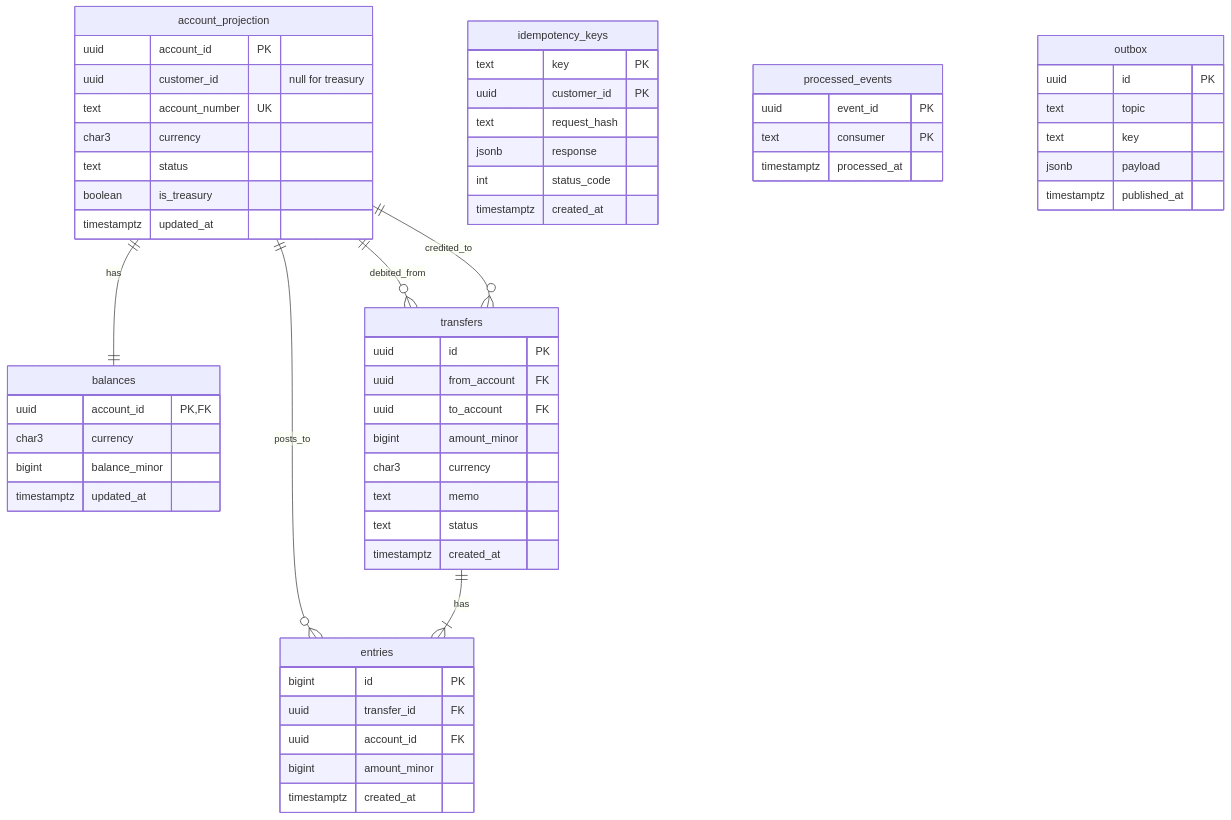
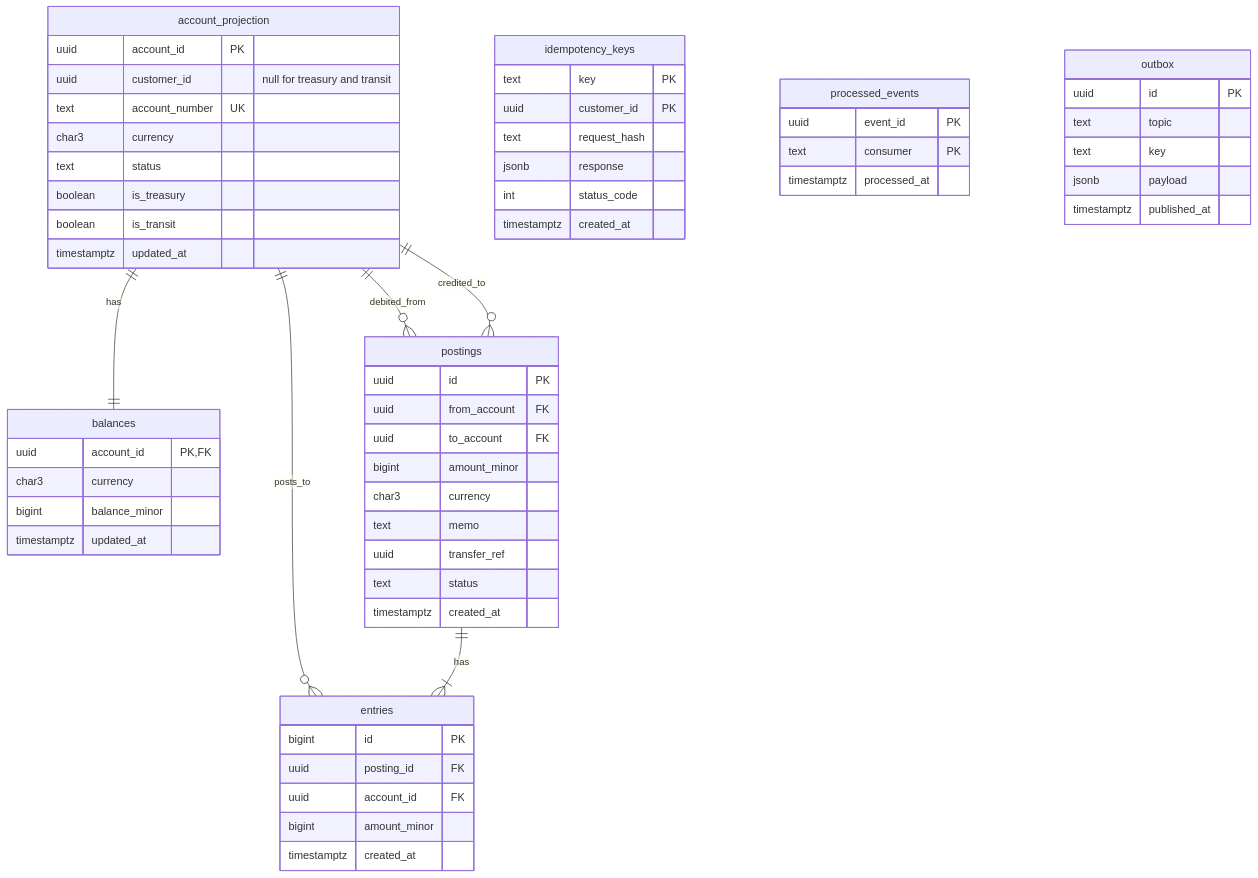
Before and after one commit to GodwinJacobR/mock-bank: the diagram in specs/ledger/002-schema.md, drawn with Mermaid. The commit also changed other lines of this file and 19 other files, not shown here.

Commit message:
Add transfers service spec; ledger becomes postings-only; update docs

````diff
--- a/specs/ledger/002-schema.md
+++ b/specs/ledger/002-schema.md
@@ -22,60 +24,62 @@
 ```mermaid
 erDiagram
   account_projection ||--|| balances : has
   account_projection ||--o{ entries : posts_to
-  transfers ||--|{ entries : has
-  account_projection ||--o{ transfers : debited_from
-  account_projection ||--o{ transfers : credited_to
+  postings ||--|{ entries : has
+  account_projection ||--o{ postings : debited_from
+  account_projection ||--o{ postings : credited_to
   account_projection {
     uuid account_id PK
-    uuid customer_id "null for treasury"
+    uuid customer_id "null for treasury and transit"
     text account_number UK
     char3 currency
     text status
     boolean is_treasury
+    boolean is_transit
     timestamptz updated_at
   }
   balances {
     uuid account_id PK,FK
     char3 currency
     bigint balance_minor
     timestamptz updated_at
   }
-  transfers {
+  postings {
     uuid id PK
     uuid from_account FK
     uuid to_account FK
     bigint amount_minor
     char3 currency
     text memo
+    uuid transfer_ref
     text status
     timestamptz created_at
   }
   entries {
     bigint id PK
-    uuid transfer_id FK
+    uuid posting_id FK
     uuid account_id FK
     bigint amount_minor
     timestamptz created_at
   }
   idempotency_keys {
     text key PK
     uuid customer_id PK
     text request_hash
     jsonb response
     int status_code
     timestamptz created_at
   }
   processed_events {
     uuid event_id PK
     text consumer PK
     timestamptz processed_at
   }
   outbox {
     uuid id PK
     text topic
     text key
     jsonb payload
     timestamptz published_at
   }
 ```
````
